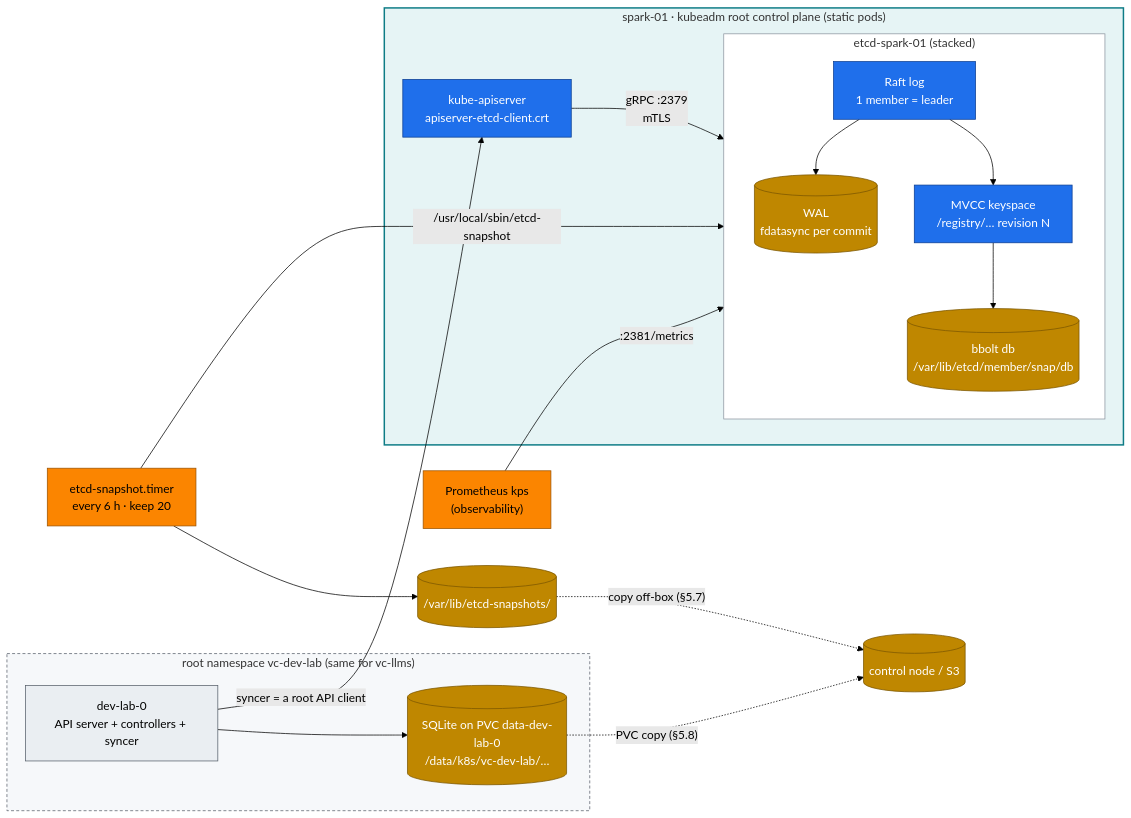
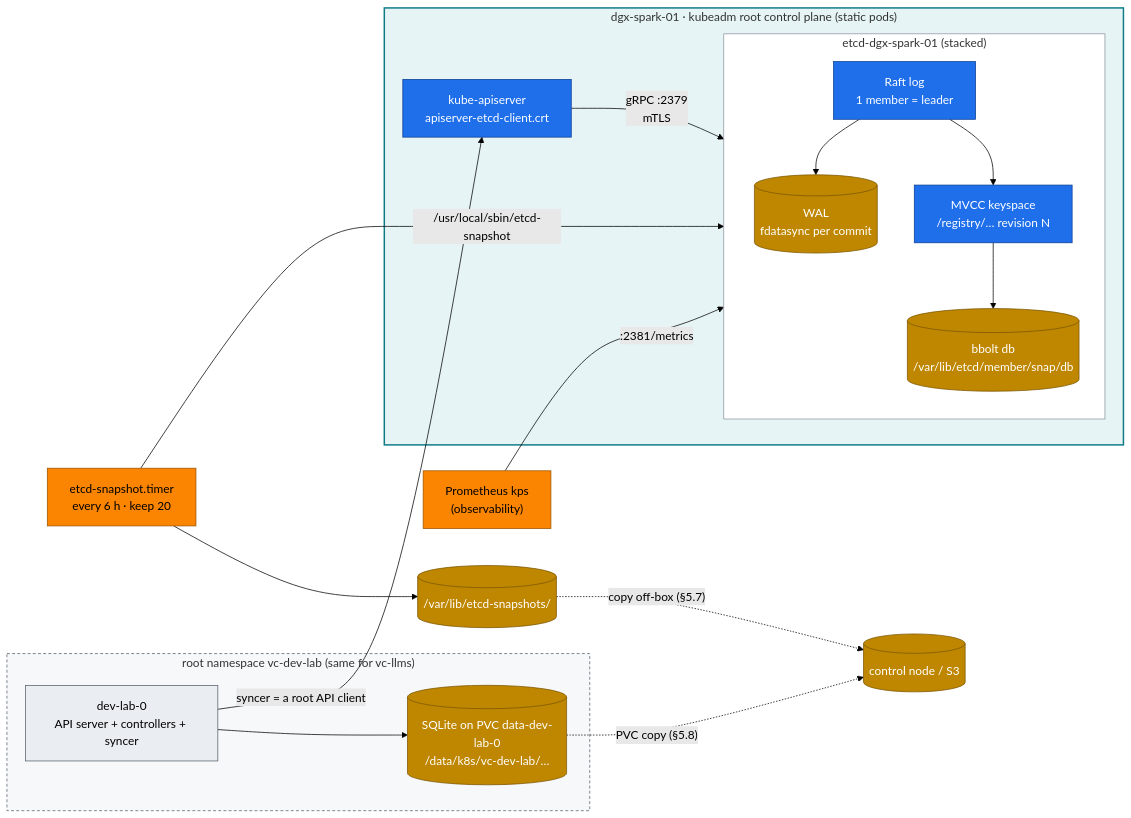
Before and after one commit to cloudone365/technical-depth: the first of 3 diagrams in 02 Kubernetes/03-etcd-database-deep-dive.md, drawn with Mermaid (forest theme). The commit also changed other lines of this file and 88 other files, not shown here.

First line of the commit message:
Rename the Spark hosts to dgx-spark-01 / dgx-spark-02

````diff
--- a/02 Kubernetes/03-etcd-database-deep-dive.md
+++ b/02 Kubernetes/03-etcd-database-deep-dive.md
@@ -33,32 +33,32 @@
 ```mermaid
 flowchart LR
-  subgraph NODE["spark-01 · kubeadm root control plane (static pods)"]
+  subgraph NODE["dgx-spark-01 · kubeadm root control plane (static pods)"]
     API["kube-apiserver<br/>apiserver-etcd-client.crt"] -->|"gRPC :2379<br/>mTLS"| ET
-    subgraph ET["etcd-spark-01 (stacked)"]
+    subgraph ET["etcd-dgx-spark-01 (stacked)"]
       direction TB
       RAFT["Raft log<br/>1 member = leader"] --> WAL[("WAL<br/>fdatasync per commit")]
       RAFT --> MVCC["MVCC keyspace<br/>/registry/…  revision N"]
       MVCC --> BOLT[("bbolt db<br/>/var/lib/etcd/member/snap/db")]
     end
   end
   TIMER["etcd-snapshot.timer<br/>every 6 h · keep 20"] -->|"/usr/local/sbin/etcd-snapshot"| ET
   TIMER --> DISK[("/var/lib/etcd-snapshots/")]
   DISK -. "copy off-box (§5.7)" .-> NAS[("control node / S3")]
   PROM["Prometheus kps<br/>(observability)"] -->|":2381/metrics"| ET
   subgraph VC["root namespace vc-dev-lab (same for vc-llms)"]
     VAPI["dev-lab-0<br/>API server + controllers + syncer"] --> SQL[("SQLite on PVC data-dev-lab-0<br/>/data/k8s/vc-dev-lab/…")]
   end
   VAPI -->|"syncer = a root API client"| API
   SQL -. "PVC copy (§5.8)" .-> NAS
   classDef ctrl fill:#1f6feb,stroke:#0b3d91,color:#fff
   classDef store fill:#bf8700,stroke:#7a5600,color:#fff
   classDef obs fill:#fb8500,stroke:#9a5200,color:#000
   classDef tenant fill:#eaeef2,stroke:#57606a,color:#000
   class API,RAFT,MVCC ctrl
   class WAL,BOLT,DISK,NAS,SQL store
   class PROM,TIMER obs
   class VAPI tenant
   style NODE fill:#e6f4f5,stroke:#0e7c86,stroke-width:2px
   style ET fill:#ffffff,stroke:#8c959f
   style VC fill:#f6f8fa,stroke:#57606a,stroke-dasharray: 4 3
 ```
````
